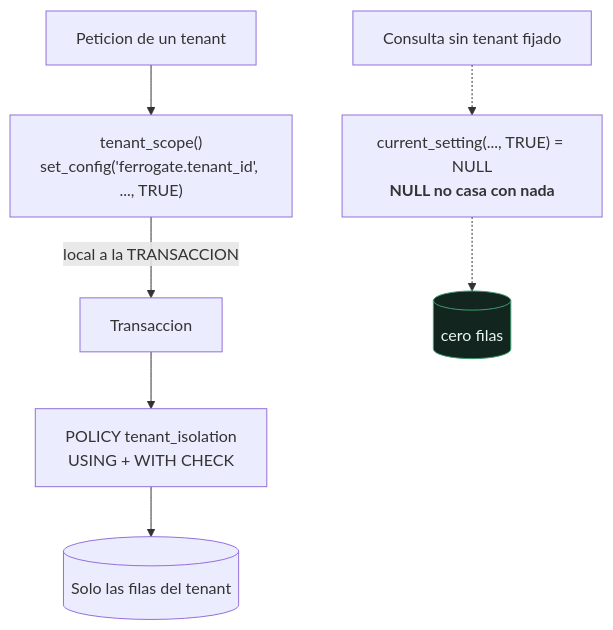
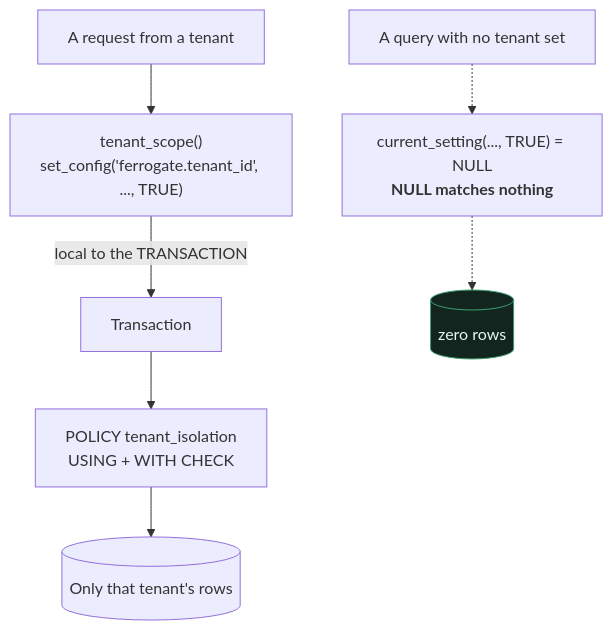
One commit to Zoel-Manchon/ferrogate changed the fourth of 4 diagrams in README.md. Above: the diagram before and after it, drawn with Mermaid. The commit also changed other lines of this file, not shown here.

````diff
--- a/README.md
+++ b/README.md
@@ -158,13 +148,13 @@
 ```mermaid
 flowchart TB
-    REQ["Peticion de un tenant"] --> TS["tenant_scope()<br/>set_config('ferrogate.tenant_id', ..., TRUE)"]
-    TS -->|"local a la TRANSACCION"| TX["Transaccion"]
+    REQ["A request from a tenant"] --> TS["tenant_scope()<br/>set_config('ferrogate.tenant_id', ..., TRUE)"]
+    TS -->|"local to the TRANSACTION"| TX["Transaction"]
     TX --> POL["POLICY tenant_isolation<br/>USING + WITH CHECK"]
-    POL --> ROWS[("Solo las filas del tenant")]
+    POL --> ROWS[("Only that tenant's rows")]
 
-    NOSET["Consulta sin tenant fijado"] -.-> NULLC["current_setting(..., TRUE) = NULL<br/><b>NULL no casa con nada</b>"]
-    NULLC -.-> EMPTY[("cero filas")]
+    NOSET["A query with no tenant set"] -.-> NULLC["current_setting(..., TRUE) = NULL<br/><b>NULL matches nothing</b>"]
+    NULLC -.-> EMPTY[("zero rows")]
 
     classDef safe fill:#12261f,stroke:#3f9d70,color:#e9f6ef
     class EMPTY safe
 ```
````
